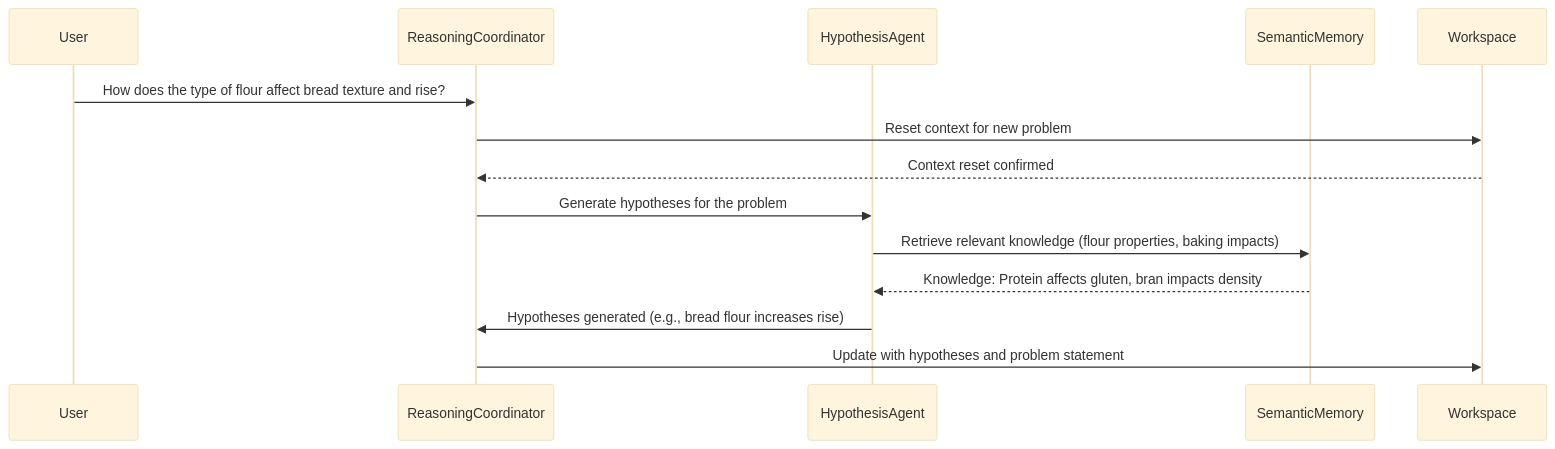
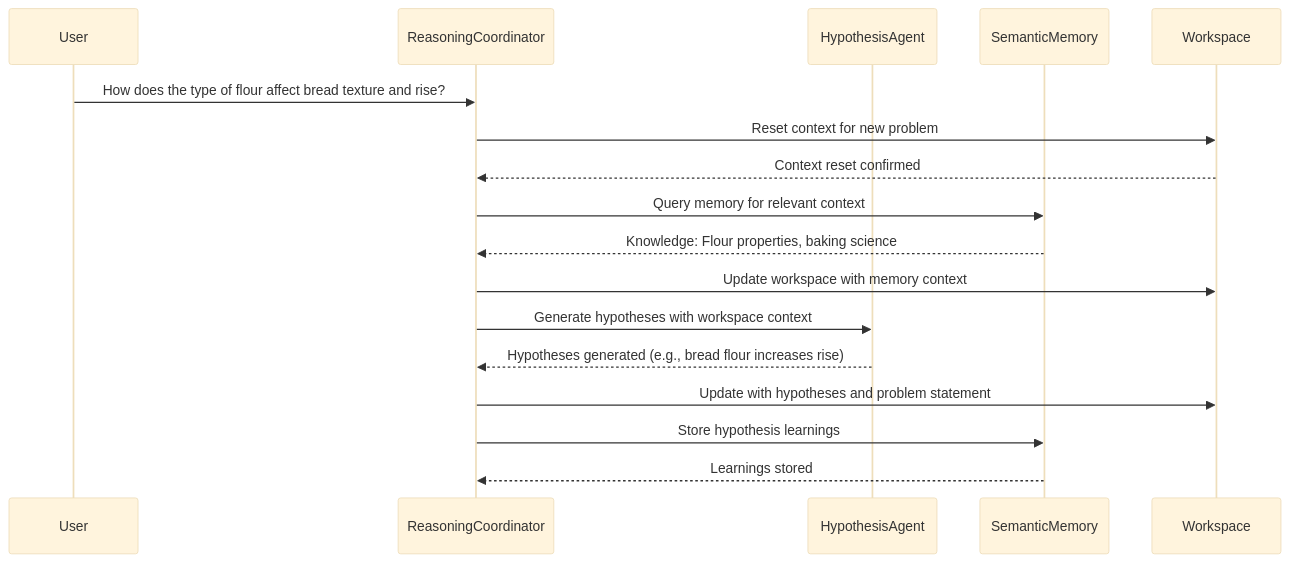
The first of 2 diagrams in docs/book/ch05/chapter.md (PacktPublishing/Engineering-Cognitive-AI-Agents), drawn with Mermaid (base theme) before and after one commit. The commit also changed other lines of this file and 1 other file, not shown here.

````diff
--- a/docs/book/ch05/chapter.md
+++ b/docs/book/ch05/chapter.md
@@ -202,17 +271,20 @@
 ```mermaid
 sequenceDiagram
     participant User
     participant RC as ReasoningCoordinator
     participant HA as HypothesisAgent
     participant SM as SemanticMemory
     participant WS as Workspace
 
     User->>RC: How does the type of flour affect bread texture and rise?
     RC->>WS: Reset context for new problem
     WS-->>RC: Context reset confirmed
-    RC->>HA: Generate hypotheses for the problem
-    HA->>SM: Retrieve relevant knowledge (flour properties, baking impacts)
-    SM-->>HA: Knowledge: Protein affects gluten, bran impacts density
-    HA->>RC: Hypotheses generated (e.g., bread flour increases rise)
+    RC->>SM: Query memory for relevant context
+    SM-->>RC: Knowledge: Flour properties, baking science
+    RC->>WS: Update workspace with memory context
+    RC->>HA: Generate hypotheses with workspace context
+    HA-->>RC: Hypotheses generated (e.g., bread flour increases rise)
     RC->>WS: Update with hypotheses and problem statement
+    RC->>SM: Store hypothesis learnings
+    SM-->>RC: Learnings stored
 ```
````
